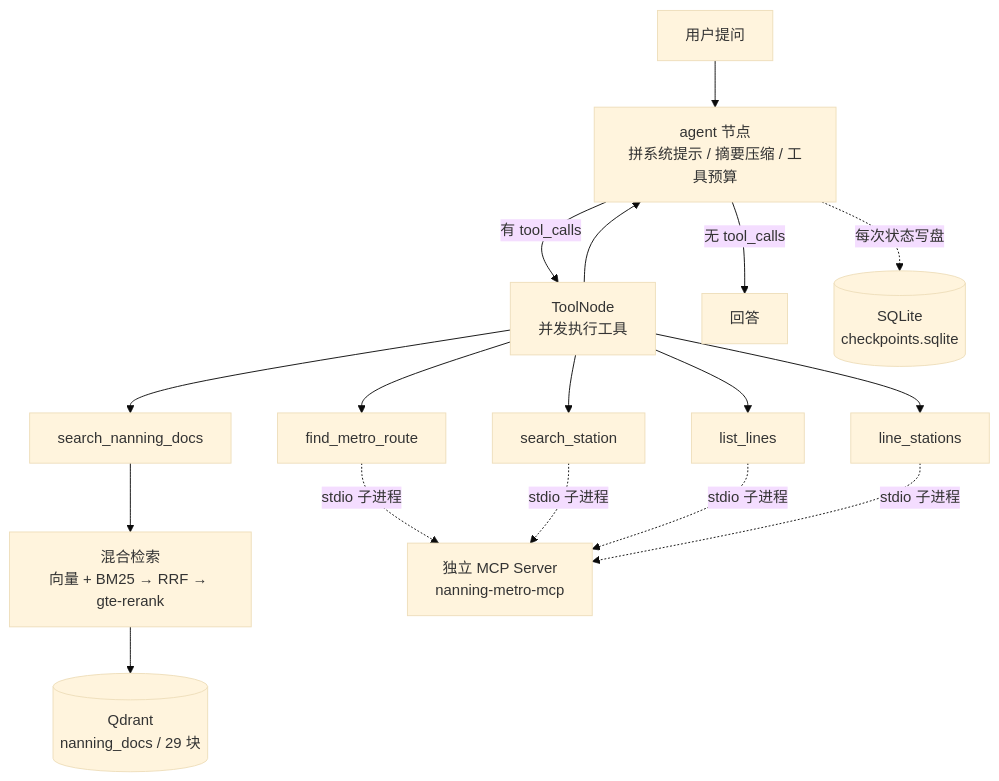
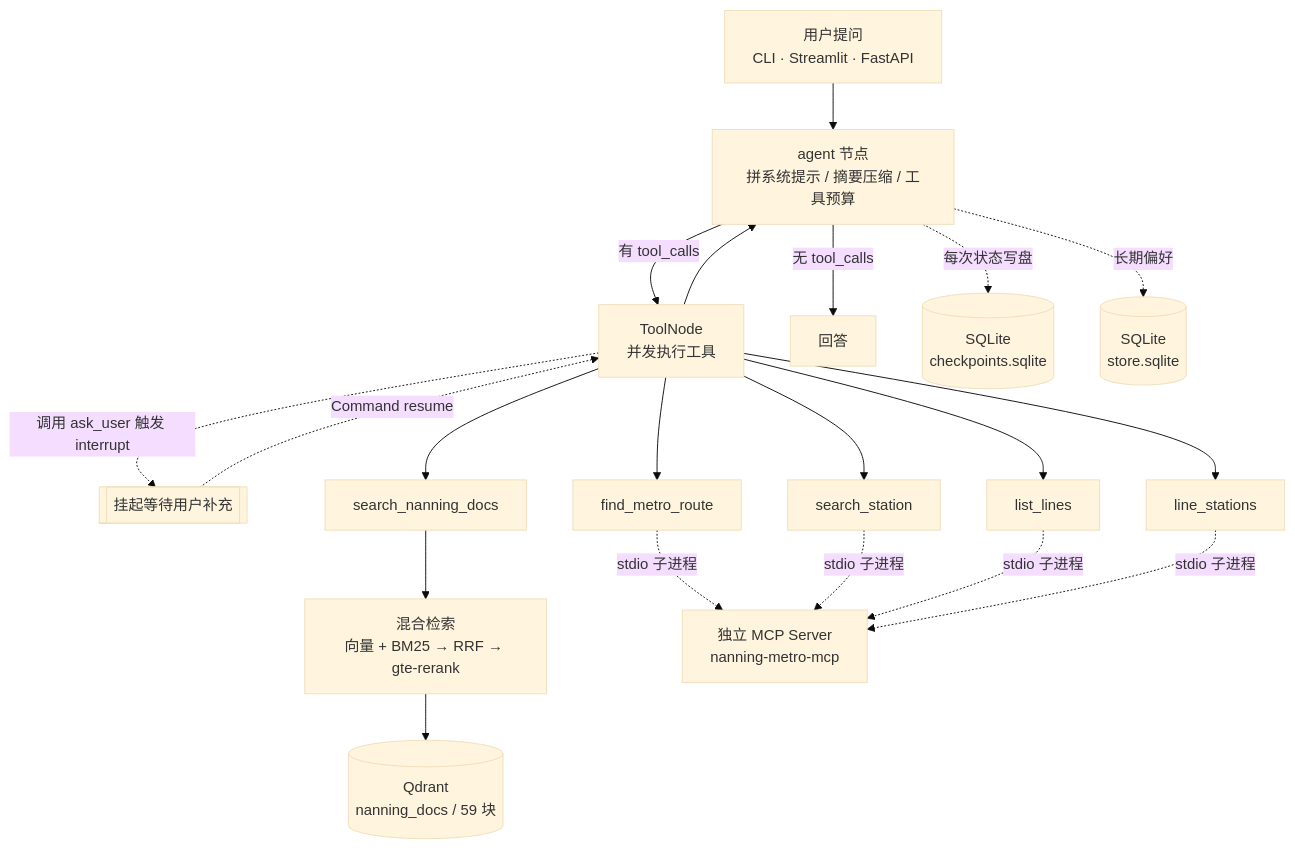
Before and after one commit to well-root/nanning-travel-agent: the diagram in README.md, drawn with Mermaid (base theme). The commit also changed other lines of this file and 4 other files, not shown here.

````diff
--- a/README.md
+++ b/README.md
@@ -31,20 +32,24 @@
 ```mermaid
 flowchart TD
-    U[用户提问] --> A[agent 节点<br/>拼系统提示 / 摘要压缩 / 工具预算]
+    U[用户提问<br/>CLI · Streamlit · FastAPI] --> A[agent 节点<br/>拼系统提示 / 摘要压缩 / 工具预算]
     A -->|有 tool_calls| T[ToolNode<br/>并发执行工具]
     T --> A
     A -->|无 tool_calls| F[回答]
+
+    T -.调用 ask_user 触发 interrupt.-> H[[挂起等待用户补充]]
+    H -.Command resume.-> T
 
     T --> R[search_nanning_docs]
     T --> M1[find_metro_route]
     T --> M2[search_station]
     T --> M3[list_lines]
     T --> M4[line_stations]
 
     R --> RAG[混合检索<br/>向量 + BM25 → RRF → gte-rerank]
-    RAG --> Q[(Qdrant<br/>nanning_docs / 29 块)]
+    RAG --> Q[(Qdrant<br/>nanning_docs / 59 块)]
 
     M1 & M2 & M3 & M4 -.stdio 子进程.-> MS[独立 MCP Server<br/>nanning-metro-mcp]
 
     A -.每次状态写盘.-> CK[(SQLite<br/>checkpoints.sqlite)]
+    A -.长期偏好.-> ST[(SQLite<br/>store.sqlite)]
 ```
````
